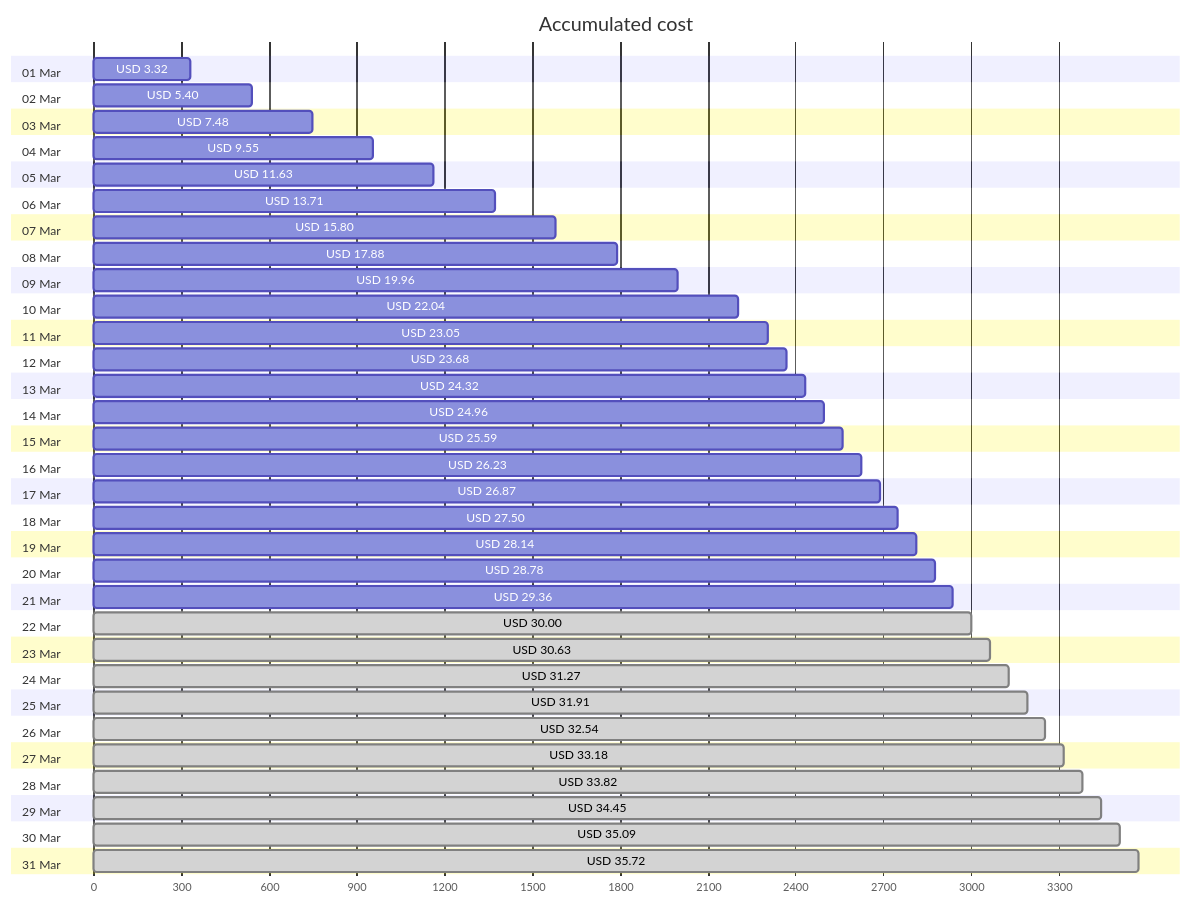
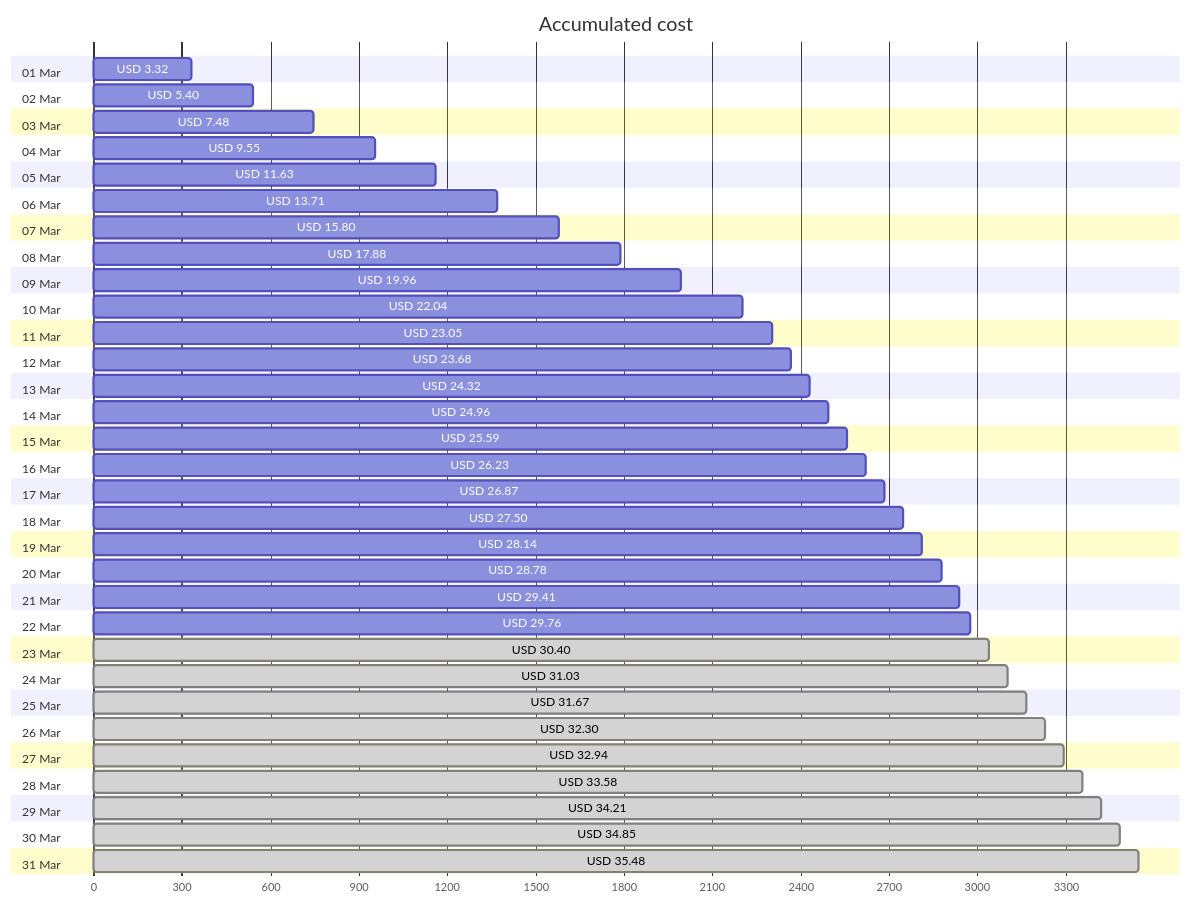
One commit to jpfulton/azure-personal-reports changed the first of 4 diagrams in cost-reports/accumulated-cost.md. Above: the diagram before and after it, drawn with Mermaid. The commit also changed other lines of this file and 4 other files, not shown here.

````diff
--- a/cost-reports/accumulated-cost.md
+++ b/cost-reports/accumulated-cost.md
@@ -20,68 +20,68 @@
 ```mermaid
 gantt
    title Accumulated cost
    dateFormat  X
    axisFormat %s
    section 01 Mar
    USD 3.32 :0, 332
    section 02 Mar
    USD 5.40 :0, 540
    section 03 Mar
    USD 7.48 :0, 748
    section 04 Mar
    USD 9.55 :0, 955
    section 05 Mar
    USD 11.63 :0, 1163
    section 06 Mar
    USD 13.71 :0, 1371
    section 07 Mar
    USD 15.80 :0, 1580
    section 08 Mar
    USD 17.88 :0, 1788
    section 09 Mar
    USD 19.96 :0, 1996
    section 10 Mar
    USD 22.04 :0, 2204
    section 11 Mar
    USD 23.05 :0, 2305
    section 12 Mar
    USD 23.68 :0, 2368
    section 13 Mar
    USD 24.32 :0, 2432
    section 14 Mar
    USD 24.96 :0, 2496
    section 15 Mar
    USD 25.59 :0, 2559
    section 16 Mar
    USD 26.23 :0, 2623
    section 17 Mar
    USD 26.87 :0, 2687
    section 18 Mar
    USD 27.50 :0, 2750
    section 19 Mar
    USD 28.14 :0, 2814
    section 20 Mar
    USD 28.78 :0, 2878
    section 21 Mar
-   USD 29.36 :0, 2936
+   USD 29.41 :0, 2941
    section 22 Mar
-   USD 30.00 : done, 0, 3000
+   USD 29.76 :0, 2976
    section 23 Mar
-   USD 30.63 : done, 0, 3063
+   USD 30.40 : done, 0, 3040
    section 24 Mar
-   USD 31.27 : done, 0, 3127
+   USD 31.03 : done, 0, 3103
    section 25 Mar
-   USD 31.91 : done, 0, 3191
+   USD 31.67 : done, 0, 3167
    section 26 Mar
-   USD 32.54 : done, 0, 3254
+   USD 32.30 : done, 0, 3230
    section 27 Mar
-   USD 33.18 : done, 0, 3318
+   USD 32.94 : done, 0, 3294
    section 28 Mar
-   USD 33.82 : done, 0, 3382
+   USD 33.58 : done, 0, 3358
    section 29 Mar
-   USD 34.45 : done, 0, 3445
+   USD 34.21 : done, 0, 3421
    section 30 Mar
-   USD 35.09 : done, 0, 3509
+   USD 34.85 : done, 0, 3485
    section 31 Mar
-   USD 35.72 : done, 0, 3572
+   USD 35.48 : done, 0, 3548
 ```
````
